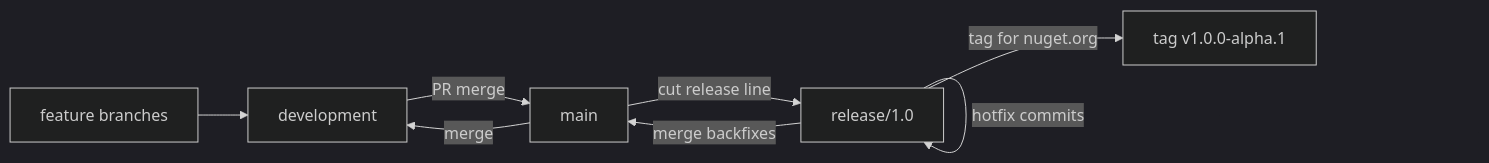
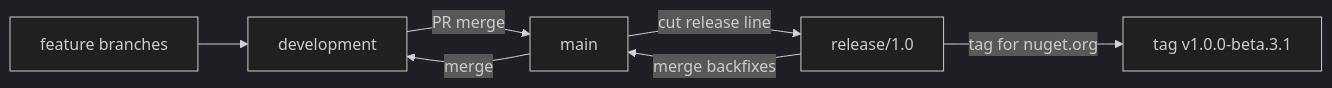
One commit to ahmedSamir50/AdamSystems.ZVec.NET changed the first of 2 diagrams in CONTRIBUTING.md. Above: the diagram before and after it, drawn with Mermaid (dark theme). The commit also changed other lines of this file and 2 other files, not shown here.

First line of the commit message:
Strip UTF-8 BOM from LICENSE and fix CONTRIBUTING Mermaid for GitHub.

````diff
--- a/CONTRIBUTING.md
+++ b/CONTRIBUTING.md
@@ -42,16 +42,15 @@
 ```mermaid
 flowchart LR
   feat[feature branches]
   dev[development]
-  main[main]
+  mainNode[main]
   rel["release/1.0"]
-  tag["tag v1.0.0-alpha.1"]
+  tagNode["tag v1.0.0-beta.3.1"]
 
   feat --> dev
-  dev -->|"PR merge"| main
-  main -->|"cut release line"| rel
-  rel -->|"tag for nuget.org"| tag
-  rel -->|"hotfix commits"| rel
-  rel -->|"merge backfixes"| main
-  main -->|"merge"| dev
+  dev -->|"PR merge"| mainNode
+  mainNode -->|"cut release line"| rel
+  rel -->|"tag for nuget.org"| tagNode
+  rel -->|"merge backfixes"| mainNode
+  mainNode -->|"merge"| dev
 ```
````
